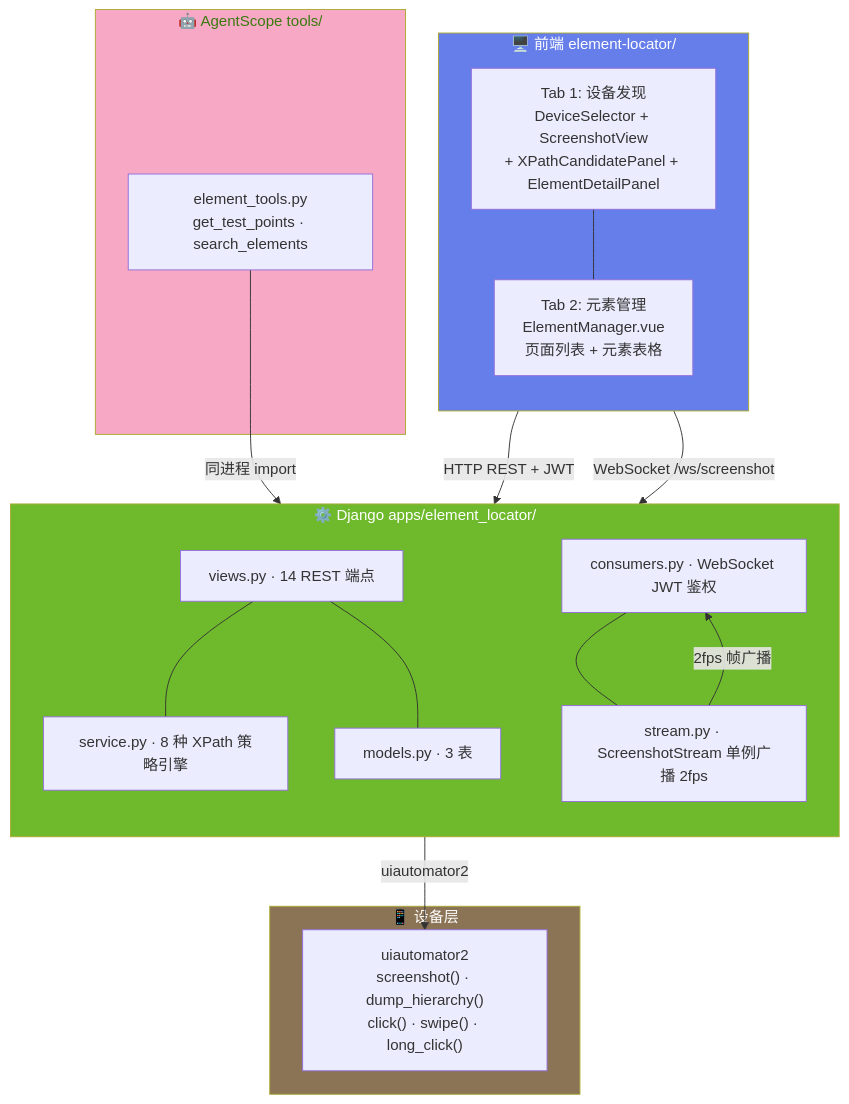
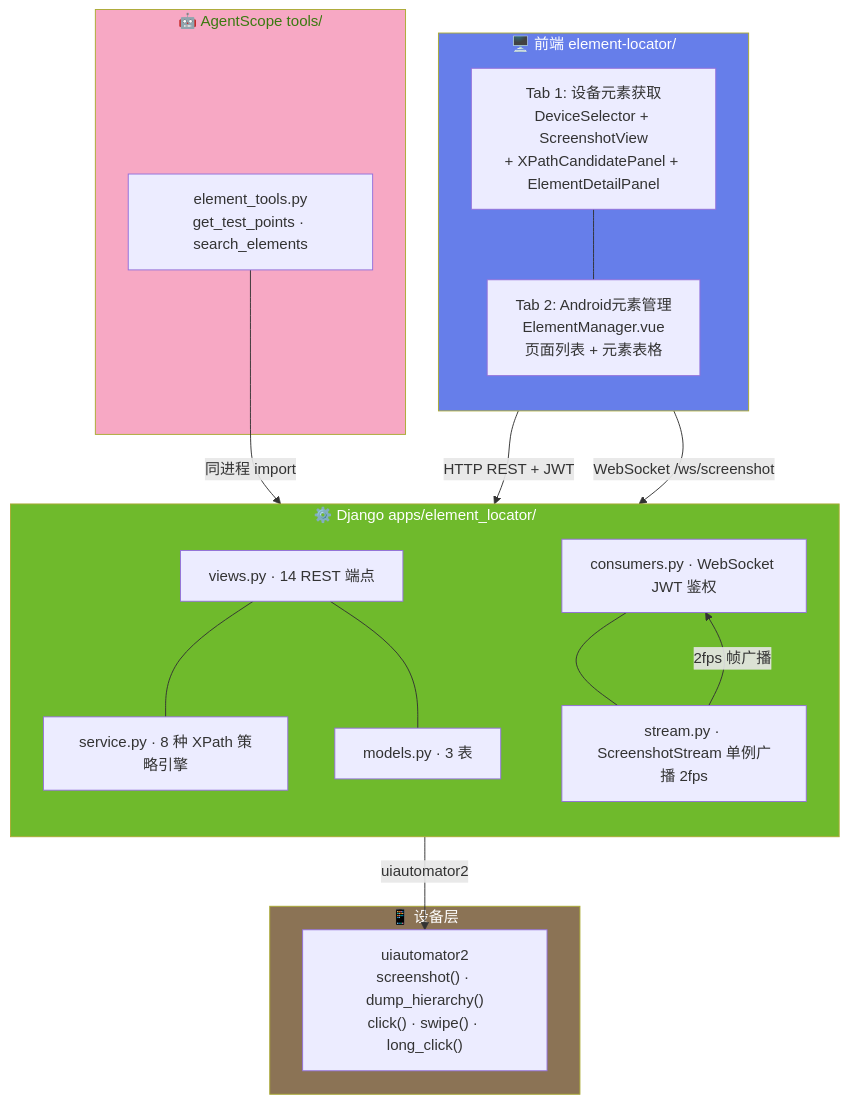
Before and after one commit to Kahoku-lazy/Android-AutoTests: the first of 4 diagrams in dev_docs/03-设计与架构/ARCH-01-元素定位.md, drawn with Mermaid. The commit also changed other lines of this file and 197 other files, not shown here.

````diff
--- a/dev_docs/03-设计与架构/ARCH-01-元素定位.md
+++ b/dev_docs/03-设计与架构/ARCH-01-元素定位.md
@@ -30,40 +30,40 @@
 ```mermaid
 flowchart TB
     subgraph Frontend_EL["🖥️ 前端 element-locator/"]
         direction TB
-        Tab1["Tab 1: 设备发现<br/>DeviceSelector + ScreenshotView<br/>+ XPathCandidatePanel + ElementDetailPanel"]
-        Tab2["Tab 2: 元素管理<br/>ElementManager.vue<br/>页面列表 + 元素表格"]
+        Tab1["Tab 1: 设备元素获取<br/>DeviceSelector + ScreenshotView<br/>+ XPathCandidatePanel + ElementDetailPanel"]
+        Tab2["Tab 2: Android元素管理<br/>ElementManager.vue<br/>页面列表 + 元素表格"]
         Tab1 --- Tab2
     end
 
     subgraph Django_EL["⚙️ Django apps/element_locator/"]
         direction TB
         Views["views.py · 14 REST 端点"]
         Service["service.py · 8 种 XPath 策略引擎"]
         Consumers["consumers.py · WebSocket JWT 鉴权"]
         Stream["stream.py · ScreenshotStream 单例广播 2fps"]
         Models["models.py · 3 表"]
         Views --- Service
         Consumers --- Stream
         Views --- Models
     end
 
     subgraph AgentScope_EL["🤖 AgentScope tools/"]
         ElemTools["element_tools.py<br/>get_test_points · search_elements"]
     end
 
     subgraph Device_EL["📱 设备层"]
         U2["uiautomator2<br/>screenshot() · dump_hierarchy()<br/>click() · swipe() · long_click()"]
     end
 
     Frontend_EL -->|"HTTP REST + JWT"| Views
     Frontend_EL -->|"WebSocket /ws/screenshot"| Consumers
     ElemTools -->|"同进程 import"| Views
     Views -->|"uiautomator2"| U2
     Stream -->|"2fps 帧广播"| Consumers
 
     style Frontend_EL fill:#667eea,color:#fff
     style Django_EL fill:#6fba2c,color:#fff
     style AgentScope_EL fill:#f7a8c4,color:#3a7a10
     style Device_EL fill:#8b7355,color:#fff
 ```
````
